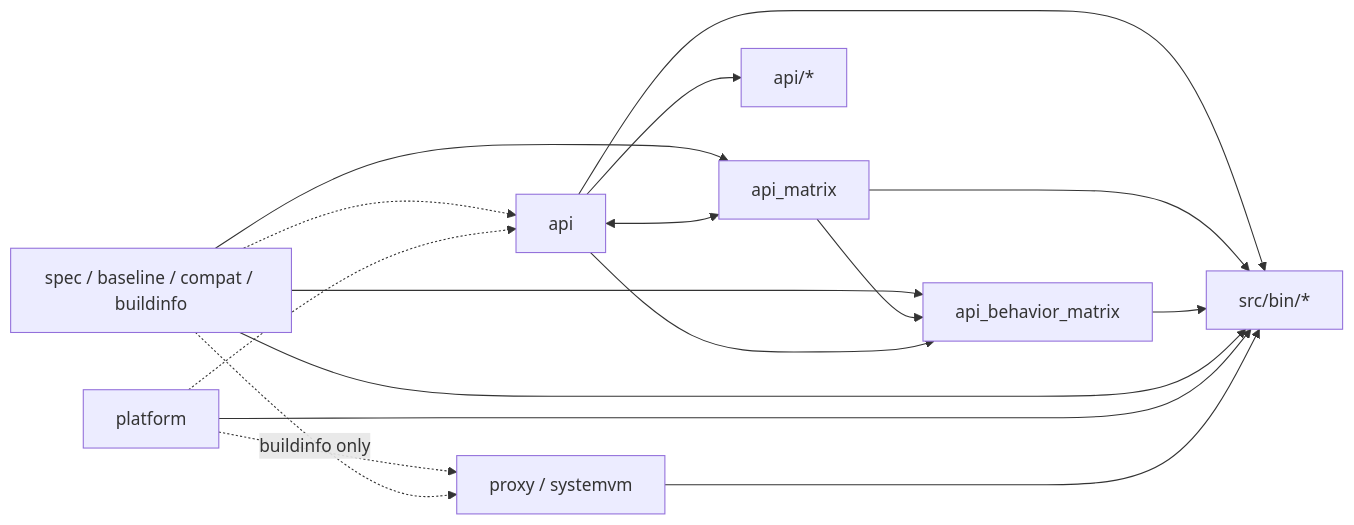
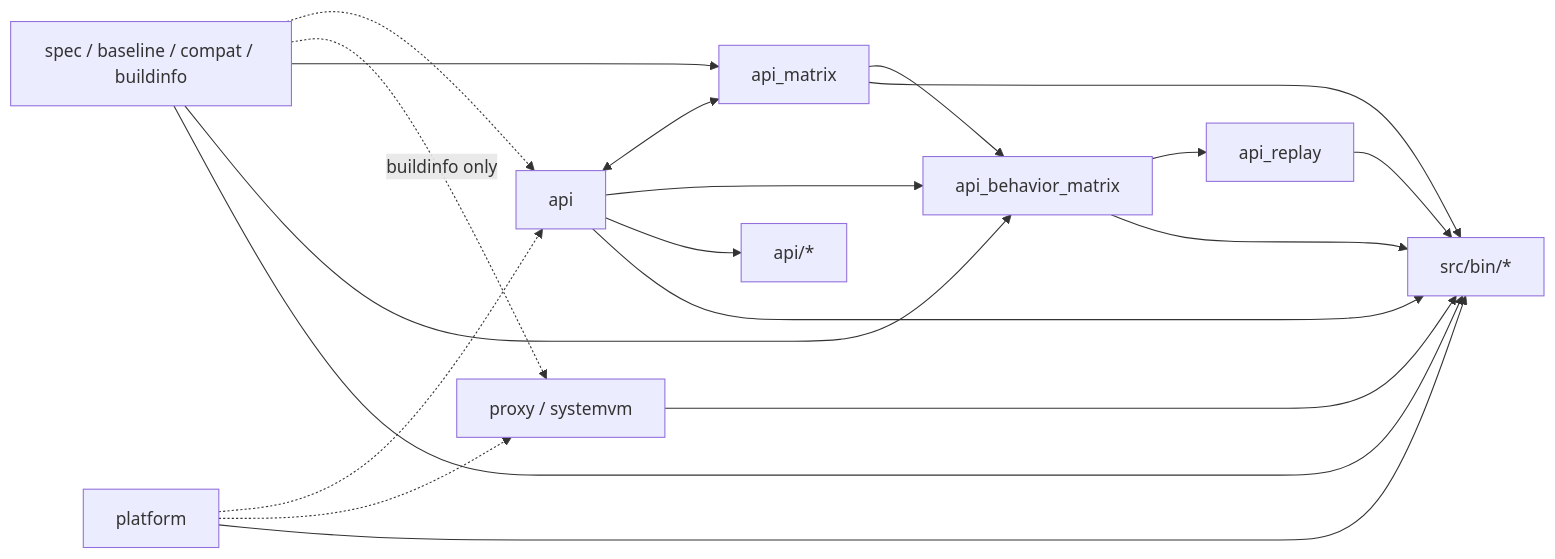
Before and after one commit to cityhunteur/vesper: the second of 4 diagrams in ARCHITECTURE.md, drawn with Mermaid. The commit also changed other lines of this file and 23 other files, not shown here.

````diff
--- a/ARCHITECTURE.md
+++ b/ARCHITECTURE.md
@@ -119,19 +119,21 @@
 ```mermaid
 flowchart LR
   leaf[spec / baseline / compat / buildinfo] -.-> api
   platform -.-> api
   platform -.-> runtime[proxy / systemvm]
   leaf -. buildinfo only .-> runtime
   leaf --> api_matrix
   leaf --> api_behavior_matrix
   api <--> api_matrix
   api_matrix --> api_behavior_matrix
   api --> api_behavior_matrix
+  api_behavior_matrix --> api_replay
+  api_replay --> bins
   api --> families[api/*]
   api --> bins[src/bin/*]
   api_matrix --> bins
   api_behavior_matrix --> bins
   leaf --> bins
   platform --> bins
   runtime --> bins
 ```
````
